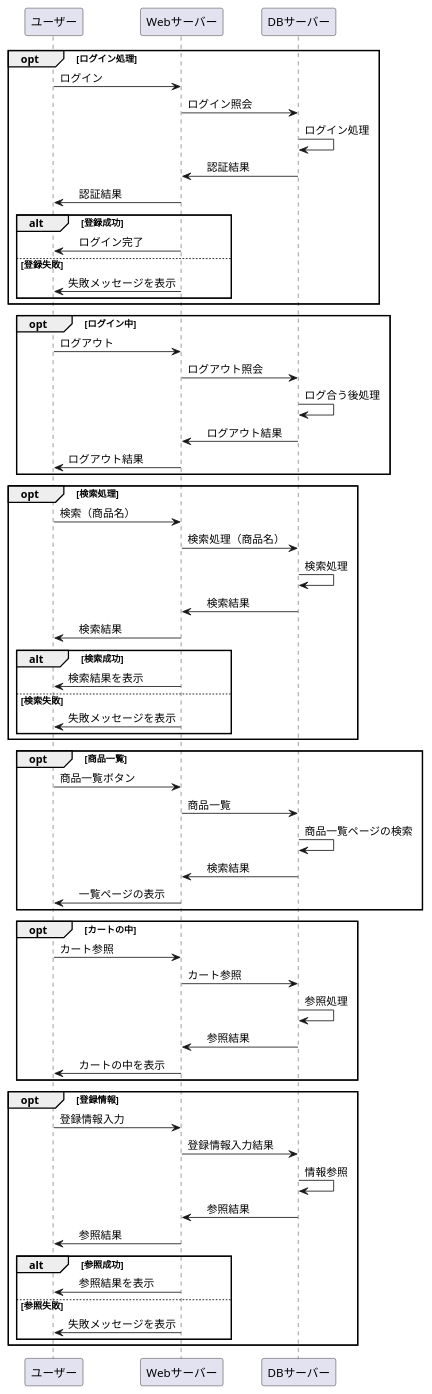
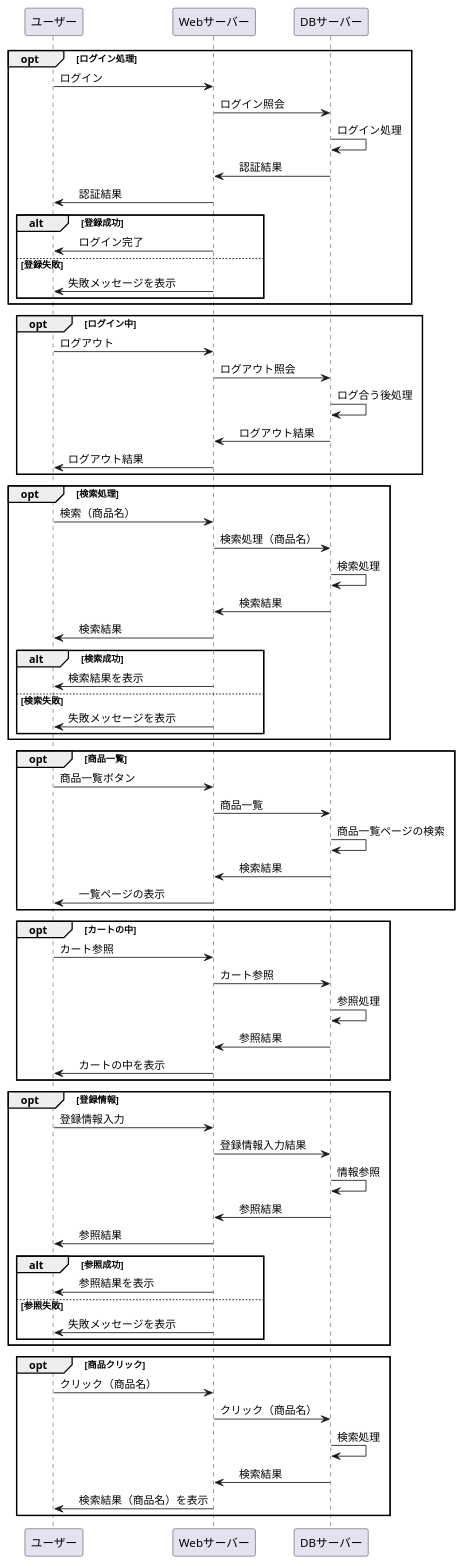
The diagram in sampleGH.md (Aso2101121/2021sys-design), drawn with PlantUML before and after one commit.

````diff
--- a/sampleGH.md
+++ b/sampleGH.md
@@ -75,5 +75,14 @@
 end
 end
 
+opt 商品クリック
+ユーザー -> Webサーバー : クリック（商品名）
+Webサーバー -> DBサーバー : クリック（商品名）
+DBサーバー -> DBサーバー : 検索処理
+DBサーバー -> Webサーバー :　検索結果
+Webサーバー -> ユーザー :　検索結果（商品名）を表示
+
+end
+
 @enduml
 ```
````
